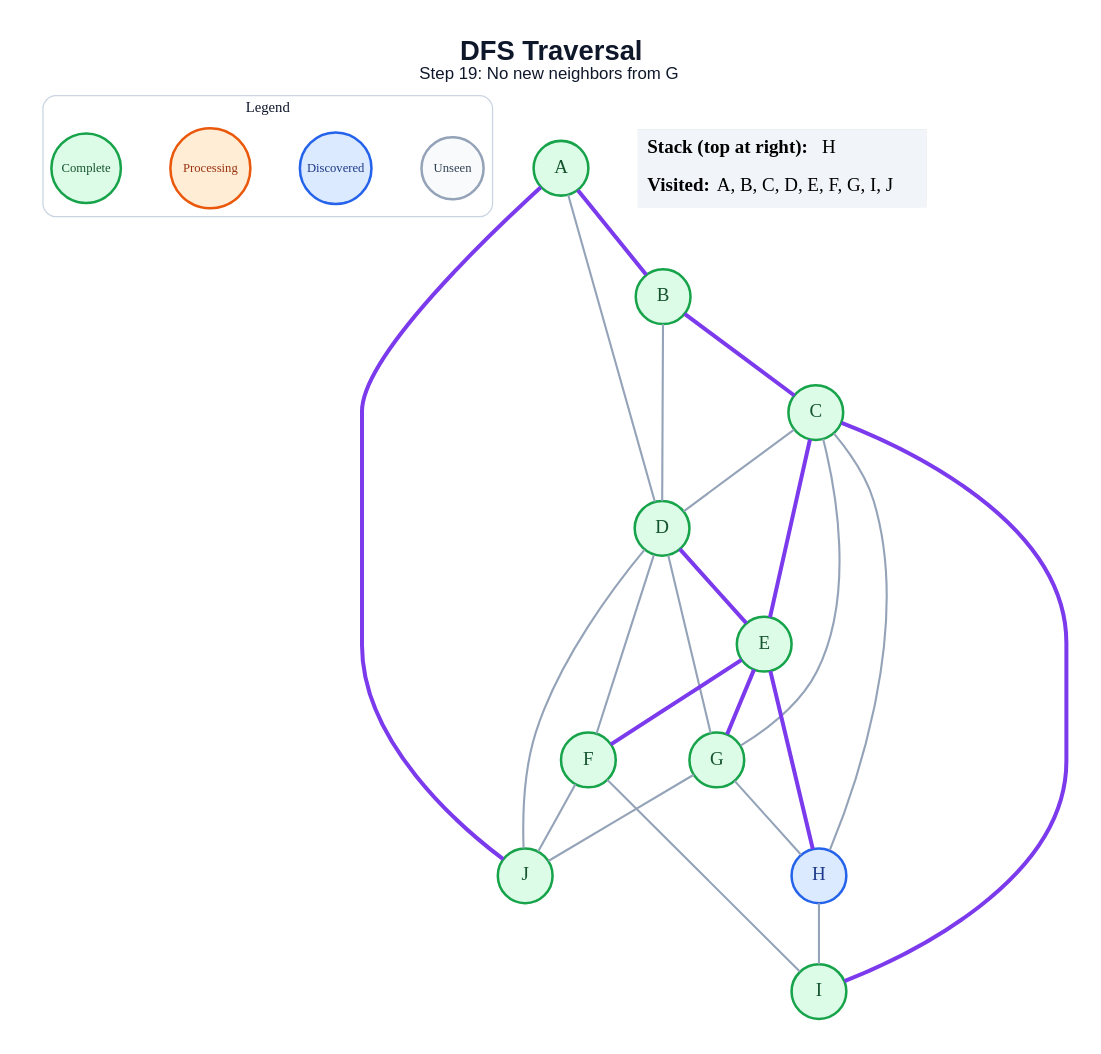
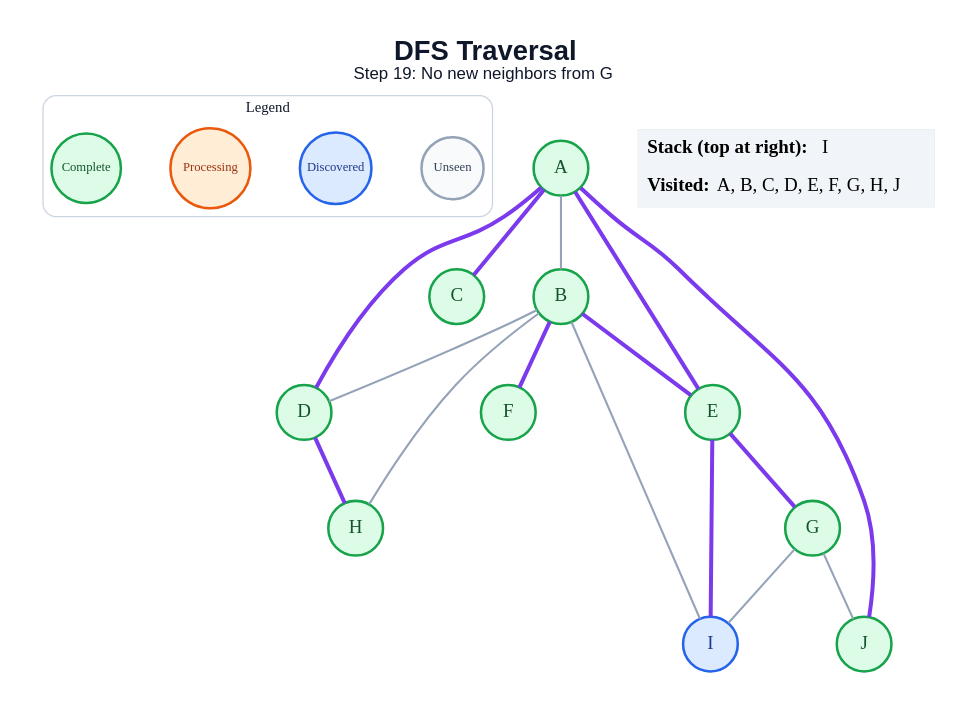
The diagram in generated/specific-node/dfs/step_19.dot (anon7238593-create/ai-slop), drawn with Graphviz before and after one commit. The commit also changed 171 other files, not shown here.

```diff
--- a/generated/specific-node/dfs/step_19.dot
+++ b/generated/specific-node/dfs/step_19.dot
@@ -1,51 +1,44 @@
 graph traversal {
   graph [layout=dot, rankdir=TB, bgcolor="#FFFFFF", pad="0.35", nodesep="0.65", ranksep="0.8", fontname="Arial"];
   node [shape=circle, style="filled", fontname="Arial Bold", fontsize=18, width=0.72, fixedsize=true, penwidth=2.4];
   edge [color="#94A3B8", penwidth=2.0];
   label=<<B>DFS Traversal</B><BR/><FONT POINT-SIZE="16">Step 19: No new neighbors from G</FONT>>; labelloc="t"; fontsize=26; fontname="Arial"; fontcolor="#0F172A";
   subgraph cluster_legend { label="Legend"; color="#CBD5E1"; penwidth=1.2; style="rounded"; fontsize=14; fontname="Arial Bold";
     key_unseen [label="Unseen", fillcolor="#F8FAFC", color="#94A3B8", fontcolor="#334155", fontsize=12, width=0.82];
     key_frontier [label="Discovered", fillcolor="#DBEAFE", color="#2563EB", fontcolor="#1E3A8A", fontsize=12, width=0.95];
     key_current [label="Processing", fillcolor="#FFEDD5", color="#EA580C", fontcolor="#9A3412", fontsize=12, width=1.05];
     key_done [label="Complete", fillcolor="#DCFCE7", color="#16A34A", fontcolor="#14532D", fontsize=12, width=0.92];
     { rank=same; key_unseen; key_frontier; key_current; key_done; }
   }
   A [fillcolor="#DCFCE7", color="#16A34A", fontcolor="#14532D"];
   B [fillcolor="#DCFCE7", color="#16A34A", fontcolor="#14532D"];
   C [fillcolor="#DCFCE7", color="#16A34A", fontcolor="#14532D"];
   D [fillcolor="#DCFCE7", color="#16A34A", fontcolor="#14532D"];
   E [fillcolor="#DCFCE7", color="#16A34A", fontcolor="#14532D"];
   F [fillcolor="#DCFCE7", color="#16A34A", fontcolor="#14532D"];
   G [fillcolor="#DCFCE7", color="#16A34A", fontcolor="#14532D"];
-  H [fillcolor="#DBEAFE", color="#2563EB", fontcolor="#1E3A8A"];
-  I [fillcolor="#DCFCE7", color="#16A34A", fontcolor="#14532D"];
+  H [fillcolor="#DCFCE7", color="#16A34A", fontcolor="#14532D"];
+  I [fillcolor="#DBEAFE", color="#2563EB", fontcolor="#1E3A8A"];
   J [fillcolor="#DCFCE7", color="#16A34A", fontcolor="#14532D"];
-  A -- B [color="#7C3AED", penwidth=3.8];
-  A -- D;
+  A -- B;
+  A -- C [color="#7C3AED", penwidth=3.8];
+  A -- D [color="#7C3AED", penwidth=3.8];
+  A -- E [color="#7C3AED", penwidth=3.8];
   A -- J [color="#7C3AED", penwidth=3.8];
-  B -- C [color="#7C3AED", penwidth=3.8];
   B -- D;
-  C -- D;
-  C -- E [color="#7C3AED", penwidth=3.8];
-  C -- G;
-  C -- H;
-  C -- I [color="#7C3AED", penwidth=3.8];
-  D -- E [color="#7C3AED", penwidth=3.8];
-  D -- F;
-  D -- G;
-  D -- J;
-  E -- F [color="#7C3AED", penwidth=3.8];
+  B -- E [color="#7C3AED", penwidth=3.8];
+  B -- F [color="#7C3AED", penwidth=3.8];
+  B -- H;
+  B -- I;
+  D -- H [color="#7C3AED", penwidth=3.8];
   E -- G [color="#7C3AED", penwidth=3.8];
-  E -- H [color="#7C3AED", penwidth=3.8];
-  F -- I;
-  F -- J;
-  G -- H;
+  E -- I [color="#7C3AED", penwidth=3.8];
+  G -- I;
   G -- J;
-  H -- I;
   status [shape=plain, fixedsize=false, width=0, height=0, margin=0, label=<
     <TABLE BORDER="0" CELLBORDER="0" CELLPADDING="7" BGCOLOR="#F1F5F9">
-      <TR><TD ALIGN="LEFT"><B>Stack (top at right):</B> H</TD></TR>
-      <TR><TD ALIGN="LEFT"><B>Visited:</B> A, B, C, D, E, F, G, I, J</TD></TR>
+      <TR><TD ALIGN="LEFT"><B>Stack (top at right):</B> I</TD></TR>
+      <TR><TD ALIGN="LEFT"><B>Visited:</B> A, B, C, D, E, F, G, H, J</TD></TR>
     </TABLE>
   >];
 }
```
